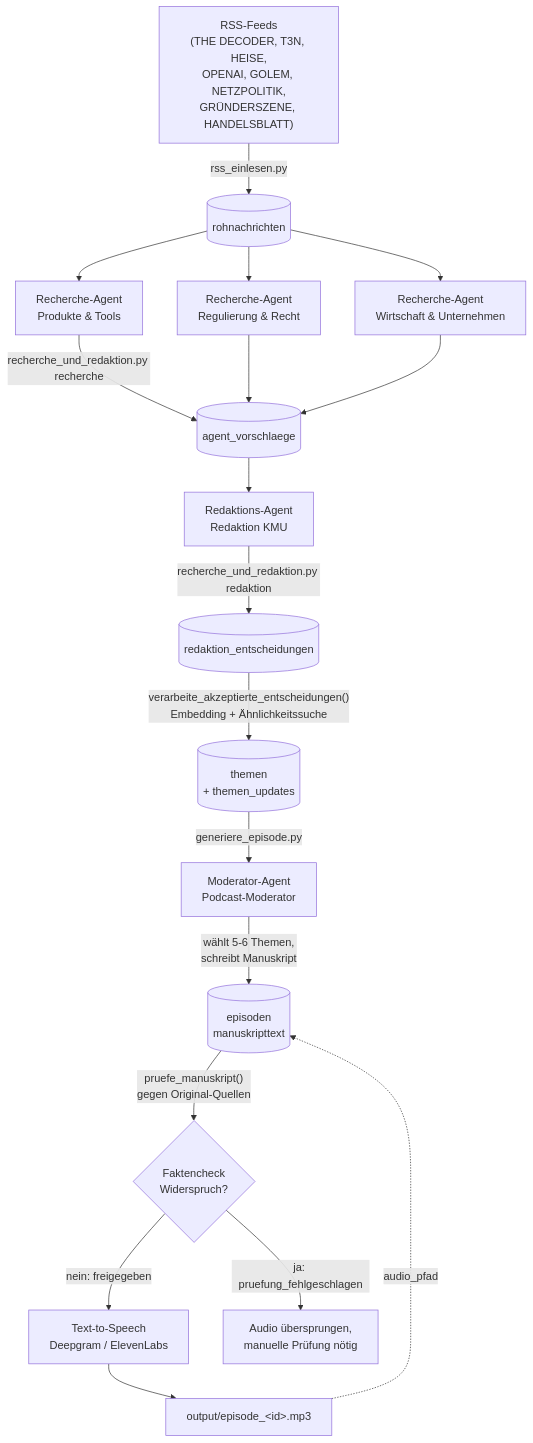
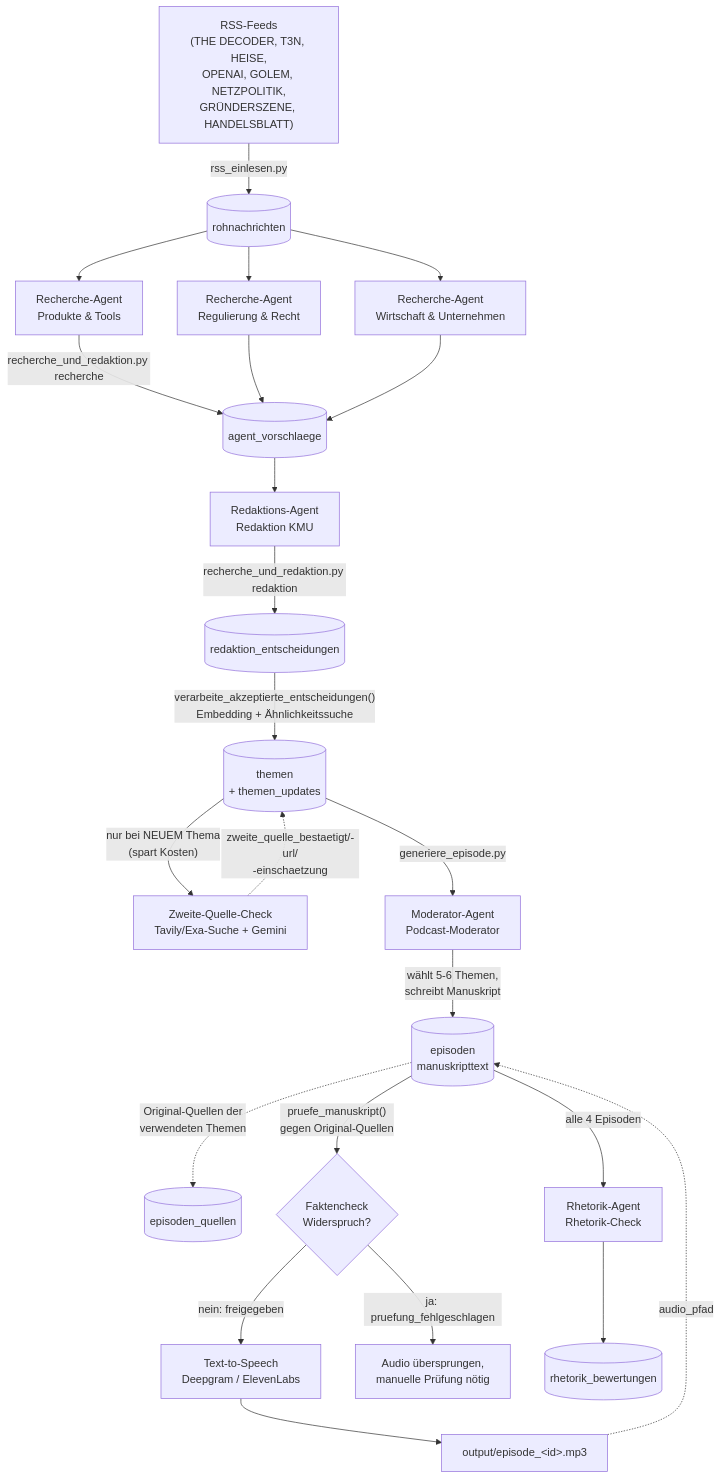
The diagram in README.md (SaschaPetro/Podcast), drawn with Mermaid before and after one commit. The commit also changed other lines of this file and 1 other file, not shown here.

First line of the commit message:
README auf Zweite-Quelle-Verifikation und Rhetorik-Agent nachziehen

````diff
--- a/README.md
+++ b/README.md
@@ -9,26 +9,32 @@
 ```mermaid
 flowchart TD
     RSS["RSS-Feeds<br/>(THE DECODER, T3N, HEISE,<br/>OPENAI, GOLEM, NETZPOLITIK,<br/>GRÜNDERSZENE, HANDELSBLATT)"] -->|rss_einlesen.py| ROH[("rohnachrichten")]
 
     ROH --> RA1["Recherche-Agent<br/>Produkte & Tools"]
     ROH --> RA2["Recherche-Agent<br/>Regulierung & Recht"]
     ROH --> RA3["Recherche-Agent<br/>Wirtschaft & Unternehmen"]
 
     RA1 -->|recherche_und_redaktion.py recherche| VOR[("agent_vorschlaege")]
     RA2 --> VOR
     RA3 --> VOR
 
     VOR --> RED["Redaktions-Agent<br/>Redaktion KMU"]
     RED -->|recherche_und_redaktion.py redaktion| ENT[("redaktion_entscheidungen")]
 
     ENT -->|"verarbeite_akzeptierte_entscheidungen()<br/>Embedding + Ähnlichkeitssuche"| THE[("themen<br/>+ themen_updates")]
+    THE -->|"nur bei NEUEM Thema<br/>(spart Kosten)"| ZQ["Zweite-Quelle-Check<br/>Tavily/Exa-Suche + Gemini"]
+    ZQ -.->|"zweite_quelle_bestaetigt/-url/<br/>-einschaetzung"| THE
 
     THE -->|generiere_episode.py| MOD["Moderator-Agent<br/>Podcast-Moderator"]
     MOD -->|"wählt 5-6 Themen,<br/>schreibt Manuskript"| EP[("episoden<br/>manuskripttext")]
+    EP -.->|"Original-Quellen der<br/>verwendeten Themen"| EQ[("episoden_quellen")]
 
     EP -->|"pruefe_manuskript()<br/>gegen Original-Quellen"| FC{"Faktencheck<br/>Widerspruch?"}
     FC -->|nein: freigegeben| TTS["Text-to-Speech<br/>Deepgram / ElevenLabs"]
     FC -->|ja: pruefung_fehlgeschlagen| STOP["Audio übersprungen,<br/>manuelle Prüfung nötig"]
     TTS --> MP3["output/episode_&lt;id&gt;.mp3"]
     MP3 -.->|audio_pfad| EP
+
+    EP -->|"alle 4 Episoden"| RHET["Rhetorik-Agent<br/>Rhetorik-Check"]
+    RHET --> RB[("rhetorik_bewertungen")]
 ```
````
